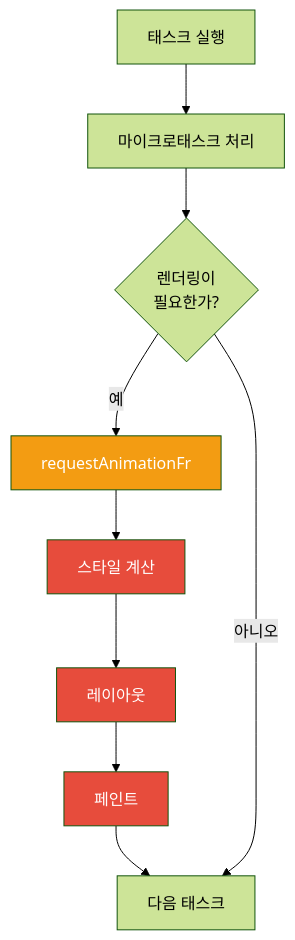
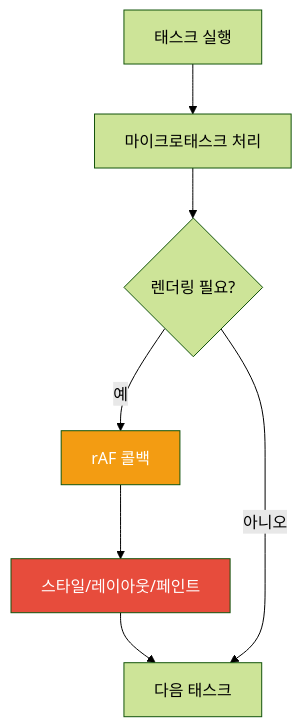
One commit to yjkim2015/yjkim2015.github.io changed the ninth of 13 diagrams in _posts/frontend/2026-05-02-js-event-loop.md. Above: the diagram before and after it, drawn with Mermaid (forest theme). The commit also changed other lines of this file and 155 other files, not shown here.

First line of the commit message:
Mermaid 전면 수정: subgraph 제거, participant/노드/줄수 축소 (342블록)

````diff
--- a/_posts/frontend/2026-05-02-js-event-loop.md
+++ b/_posts/frontend/2026-05-02-js-event-loop.md
@@ -275,15 +271,11 @@
 ```mermaid
 flowchart TD
     A["태스크 실행"] --> B["마이크로태스크 처리"]
-    B --> C{"렌더링이<br>필요한가?"}
-    C -->|"예"| D["requestAnimationFr"]
-    D --> E["스타일 계산"]
-    E --> F["레이아웃"]
-    F --> G["페인트"]
-    G --> H["다음 태스크"]
+    B --> C{"렌더링 필요?"}
+    C -->|"예"| D["rAF 콜백"]
+    D --> E["스타일/레이아웃/페인트"]
+    E --> H["다음 태스크"]
     C -->|"아니오"| H
     style D fill:#f39c12,color:#fff
     style E fill:#e74c3c,color:#fff
-    style F fill:#e74c3c,color:#fff
-    style G fill:#e74c3c,color:#fff
 ```
````
